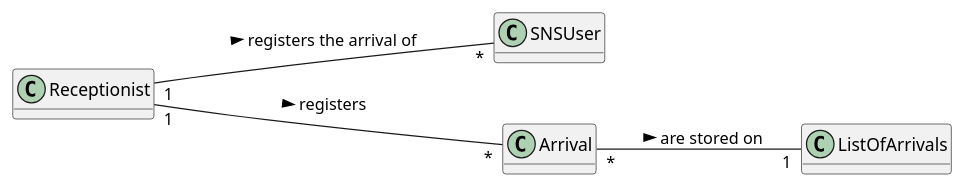
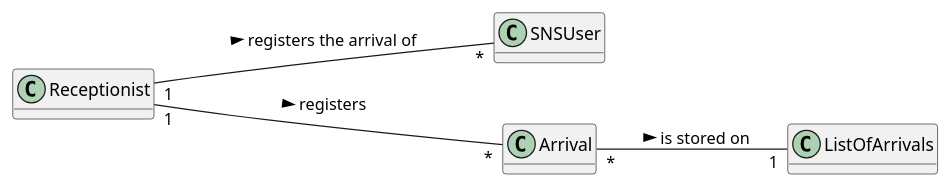
Before and after one commit to Pirussa/lei-22-s2-1da-g02: the diagram in docs/SprintC/US004/US004_MD.puml, drawn with PlantUML. The commit also changed 12 other files, not shown here.

Commit message:
US004 - Design - Improvements on the all the diagrams Implementation - Changes of some methods' position (classes)

```diff
--- a/docs/SprintC/US004/US004_MD.puml
+++ b/docs/SprintC/US004/US004_MD.puml
@@ -1,21 +1,21 @@
 @startuml
 hide methods
 left to right direction
 skinparam classAttributeIconSize 0
 
 
 class Receptionist
 
 class SNSUser
 
 class ListOfArrivals
 
 class Arrival
 
 
 Receptionist "1" --- "*" SNSUser : registers the arrival of >
 Receptionist "1" --- "*" Arrival : registers >
-Arrival "*" -- "1" ListOfArrivals : are stored on >
+Arrival "*" -- "1" ListOfArrivals : is stored on >
 
 
 @enduml
```
